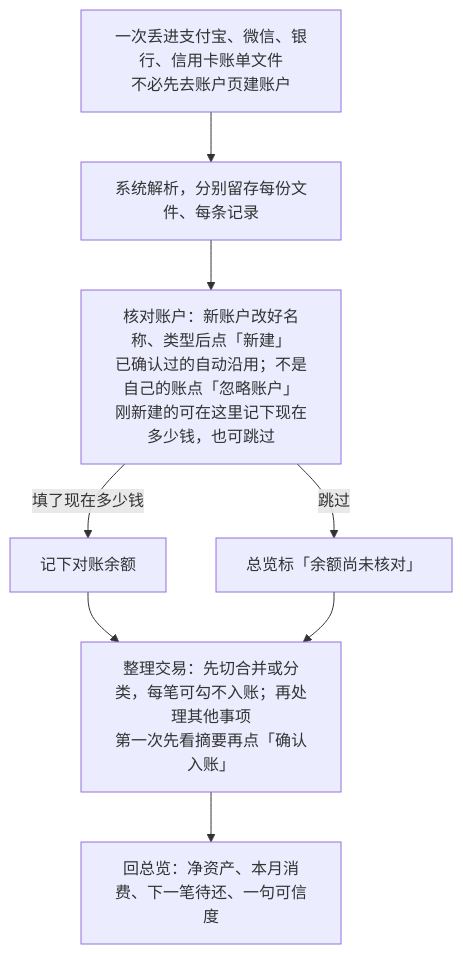
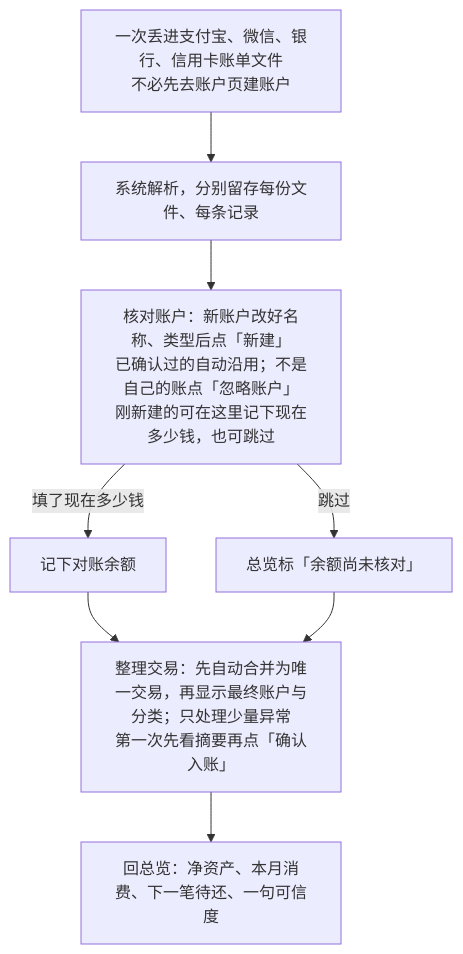
Before and after one commit to gaohongxiang/catledger: the first of 2 diagrams in docs/个人财务用户需求.md, drawn with Mermaid. The commit also changed other lines of this file and 28 other files, not shown here.

```diff
--- a/docs/个人财务用户需求.md
+++ b/docs/个人财务用户需求.md
@@ -50,10 +50,10 @@
 ~~~mermaid
 flowchart TD
     A["一次丢进支付宝、微信、银行、信用卡账单文件<br/>不必先去账户页建账户"] --> B["系统解析，分别留存每份文件、每条记录"]
     B --> C["核对账户：新账户改好名称、类型后点「新建」<br/>已确认过的自动沿用；不是自己的账点「忽略账户」<br/>刚新建的可在这里记下现在多少钱，也可跳过"]
     C -->|填了现在多少钱| E["记下对账余额"]
     C -->|跳过| F["总览标「余额尚未核对」"]
-    E --> G["整理交易：先切合并或分类，每笔可勾不入账；再处理其他事项<br/>第一次先看摘要再点「确认入账」"]
+    E --> G["整理交易：先自动合并为唯一交易，再显示最终账户与分类；只处理少量异常<br/>第一次先看摘要再点「确认入账」"]
     F --> G
     G --> I["回总览：净资产、本月消费、下一笔待还、一句可信度"]
 ~~~
```
